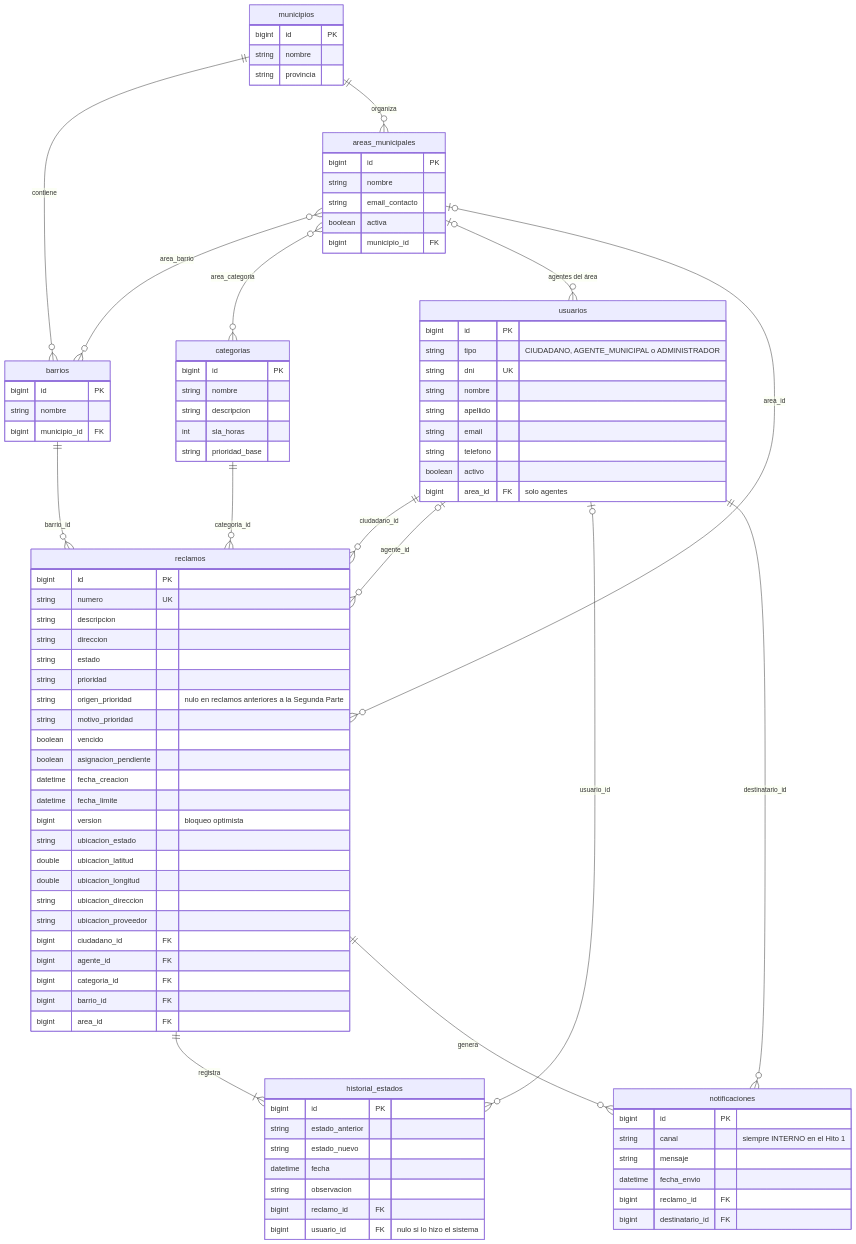
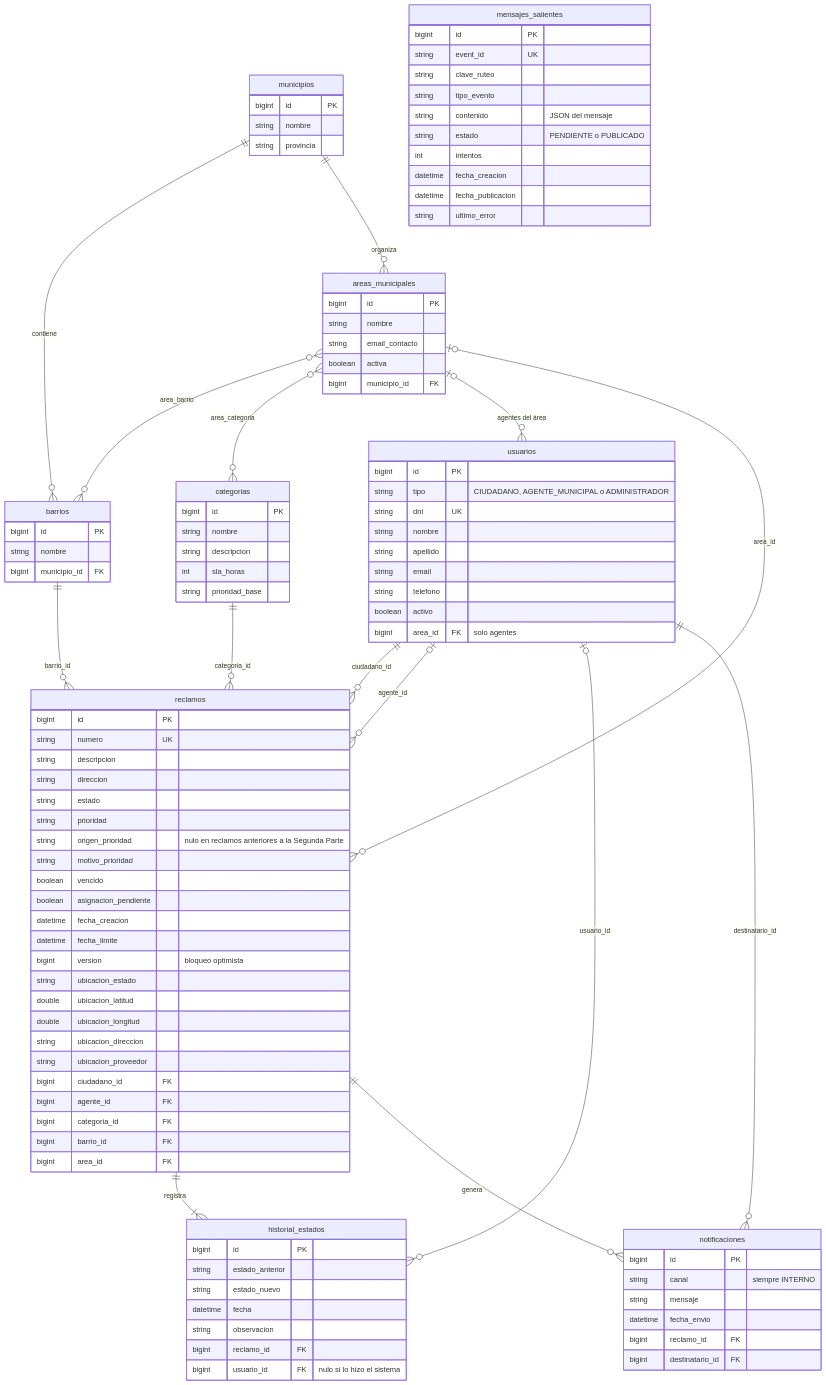
The second of 2 diagrams in docs/modelo-dominio.md (SanTegli/DesarrolloAppsIIGrupo10), drawn with Mermaid before and after one commit. The commit also changed other lines of this file and 65 other files, not shown here.

````diff
--- a/docs/modelo-dominio.md
+++ b/docs/modelo-dominio.md
@@ -254,10 +266,22 @@
   }
   notificaciones {
     bigint id PK
-    string canal "siempre INTERNO en el Hito 1"
+    string canal "siempre INTERNO"
     string mensaje
     datetime fecha_envio
     bigint reclamo_id FK
     bigint destinatario_id FK
   }
+  mensajes_salientes {
+    bigint id PK
+    string event_id UK
+    string clave_ruteo
+    string tipo_evento
+    string contenido "JSON del mensaje"
+    string estado "PENDIENTE o PUBLICADO"
+    int intentos
+    datetime fecha_creacion
+    datetime fecha_publicacion
+    string ultimo_error
+  }
 ```
````
